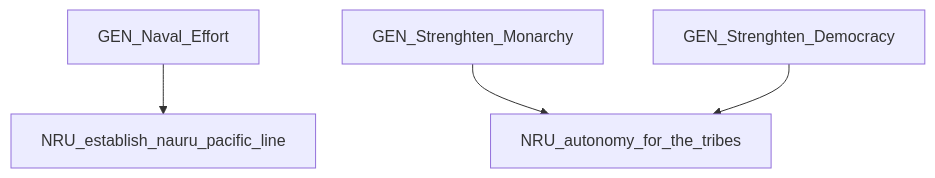
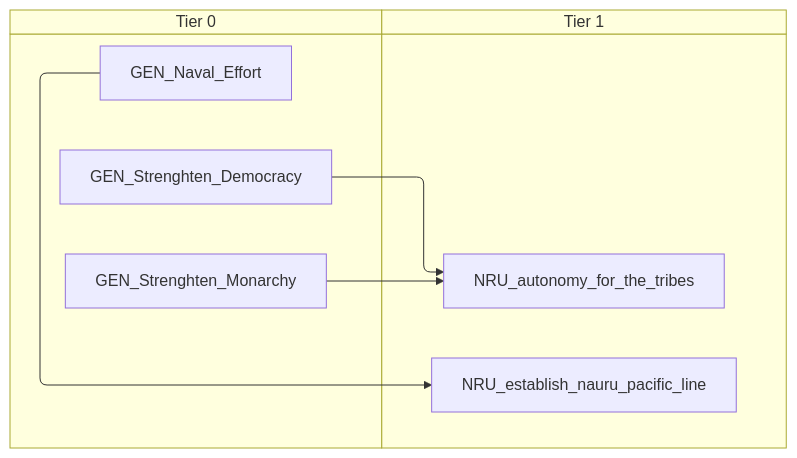
One commit to evgeny-sobol/hoi4-sandbox-mode-r56 changed the third of 3 diagrams in docs/gdd/National Focuses/r56/nauru.md. Above: the diagram before and after it, drawn with Mermaid. The commit also changed other lines of this file and 423 other files, not shown here.

First line of the commit message:
Re-export Rt56 focus trees as swimlane diagrams

````diff
--- a/docs/gdd/National Focuses/r56/nauru.md
+++ b/docs/gdd/National Focuses/r56/nauru.md
@@ -40,11 +52,15 @@
 ```mermaid
-flowchart TD
-    n12["GEN_Naval_Effort"]
-    n13["GEN_Strenghten_Democracy"]
-    n14["GEN_Strenghten_Monarchy"]
-    n15["NRU_autonomy_for_the_tribes"]
-    n16["NRU_establish_nauru_pacific_line"]
+swimlane-beta TD
+    subgraph tier_0["Tier 0"]
+        n12["GEN_Naval_Effort"]
+        n13["GEN_Strenghten_Democracy"]
+        n14["GEN_Strenghten_Monarchy"]
+    end
+    subgraph tier_1["Tier 1"]
+        n15["NRU_autonomy_for_the_tribes"]
+        n16["NRU_establish_nauru_pacific_line"]
+    end
     n14 --> n15
     n13 --> n15
     n12 --> n16
 ```
````
